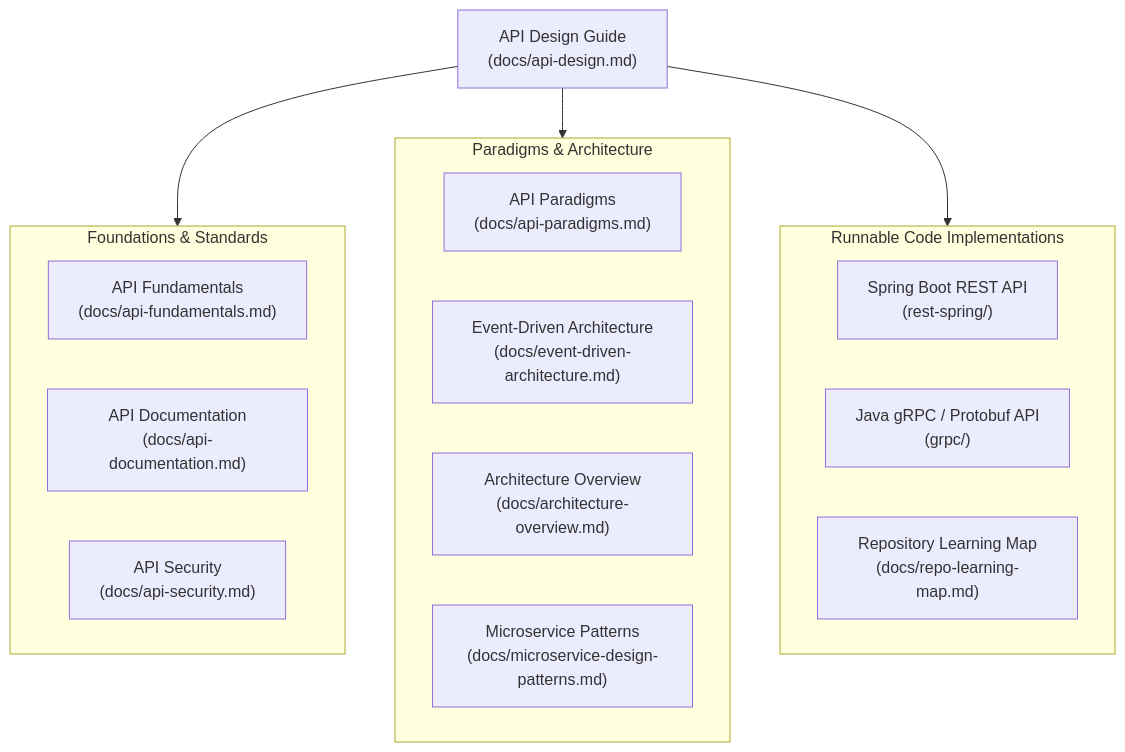
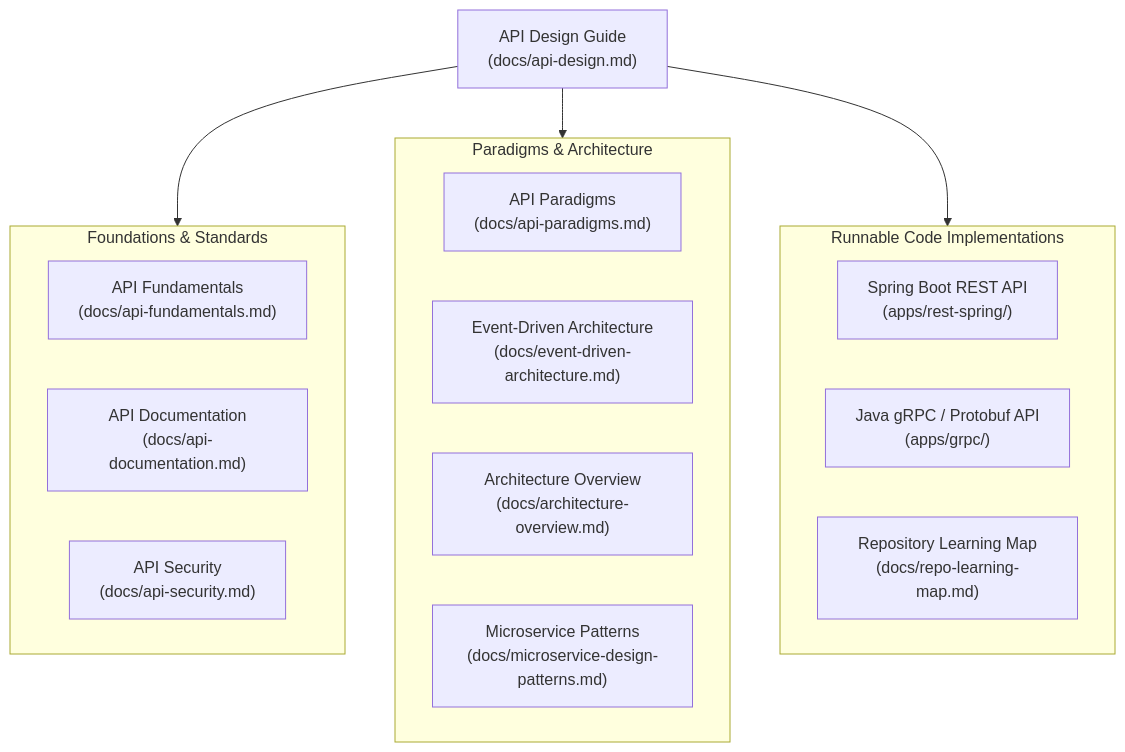
The first of 4 diagrams in docs/api-design.md (srikanthkakumanu/api-architecture), drawn with Mermaid before and after one commit. The commit also changed other lines of this file and 105 other files, not shown here.

First line of the commit message:
feat: Initialize database schema and add basic HTML pages

````diff
--- a/docs/api-design.md
+++ b/docs/api-design.md
@@ -35,27 +35,27 @@
 ```mermaid
 flowchart TD
     Master["API Design Guide<br/>(docs/api-design.md)"]
 
     subgraph Foundations["Foundations & Standards"]
         F1["API Fundamentals<br/>(docs/api-fundamentals.md)"]
         F2["API Documentation<br/>(docs/api-documentation.md)"]
         F3["API Security<br/>(docs/api-security.md)"]
     end
 
     subgraph Paradigms["Paradigms & Architecture"]
         P1["API Paradigms<br/>(docs/api-paradigms.md)"]
         P2["Event-Driven Architecture<br/>(docs/event-driven-architecture.md)"]
         P3["Architecture Overview<br/>(docs/architecture-overview.md)"]
         P4["Microservice Patterns<br/>(docs/microservice-design-patterns.md)"]
     end
 
     subgraph Codebases["Runnable Code Implementations"]
-        C1["Spring Boot REST API<br/>(rest-spring/)"]
-        C2["Java gRPC / Protobuf API<br/>(grpc/)"]
+        C1["Spring Boot REST API<br/>(apps/rest-spring/)"]
+        C2["Java gRPC / Protobuf API<br/>(apps/grpc/)"]
         C3["Repository Learning Map<br/>(docs/repo-learning-map.md)"]
     end
 
     Master --> Foundations
     Master --> Paradigms
     Master --> Codebases
 ```
````
